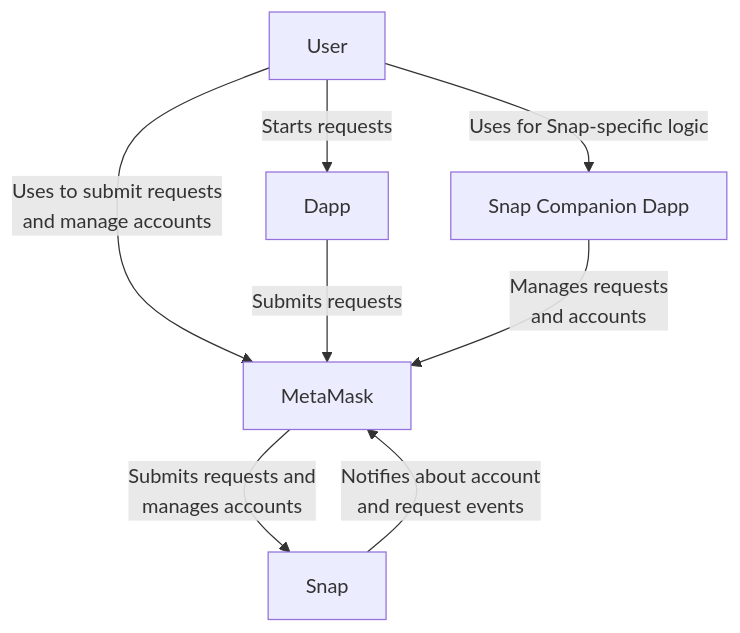
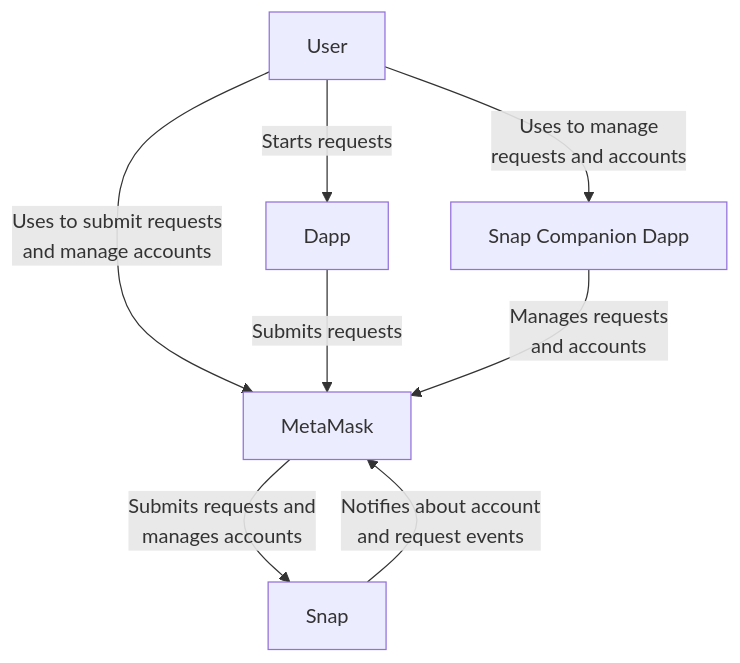
Before and after one commit to MetaMask/keyring-api: the first of 6 diagrams in docs/architecture.md, drawn with Mermaid.

Commit message:
docs: update wording about the account management

````diff
--- a/docs/architecture.md
+++ b/docs/architecture.md
@@ -26,10 +26,10 @@
 ```mermaid
 graph TD
   User -->|Uses to submit requests<br/>and manage accounts| MetaMask
   User -->|Starts requests| Dapp
-  User -->|Uses for Snap-specific logic| Site
+  User -->|Uses to manage<br/>requests and accounts| Site
   Dapp -->|Submits requests| MetaMask
   Site[Snap Companion Dapp] -->|Manages requests<br/>and accounts| MetaMask
   MetaMask -->|Submits requests and<br/>manages accounts| Snap
   Snap -->|Notifies about account<br/>and request events| MetaMask
 ```
````
